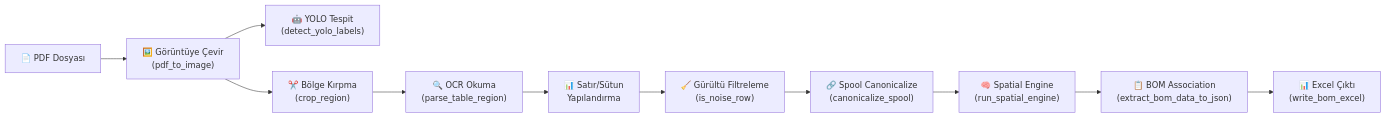
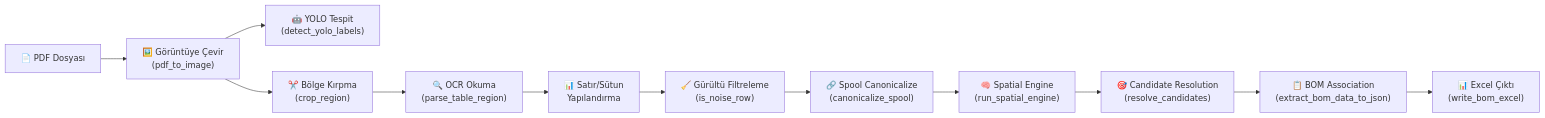
One commit to burakdgdvrn/AutoBOM changed the second of 3 diagrams in ARCHITECTURE.md. Above: the diagram before and after it, drawn with Mermaid. The commit also changed other lines of this file and 13 other files, not shown here.

````diff
--- a/ARCHITECTURE.md
+++ b/ARCHITECTURE.md
@@ -150,13 +182,14 @@
 ```mermaid
 flowchart LR
     A["📄 PDF Dosyası"] --> B["🖼️ Görüntüye Çevir<br/>(pdf_to_image)"]
     B --> C["🤖 YOLO Tespit<br/>(detect_yolo_labels)"]
     B --> D["✂️ Bölge Kırpma<br/>(crop_region)"]
     D --> E["🔍 OCR Okuma<br/>(parse_table_region)"]
     E --> F["📊 Satır/Sütun<br/>Yapılandırma"]
     F --> G["🧹 Gürültü Filtreleme<br/>(is_noise_row)"]
     G --> H["🔗 Spool Canonicalize<br/>(canonicalize_spool)"]
     H --> I["🧠 Spatial Engine<br/>(run_spatial_engine)"]
-    I --> J["📋 BOM Association<br/>(extract_bom_data_to_json)"]
-    J --> K["📊 Excel Çıktı<br/>(write_bom_excel)"]
+    I --> J["🎯 Candidate Resolution<br/>(resolve_candidates)"]
+    J --> K["📋 BOM Association<br/>(extract_bom_data_to_json)"]
+    K --> L["📊 Excel Çıktı<br/>(write_bom_excel)"]
 ```
````
